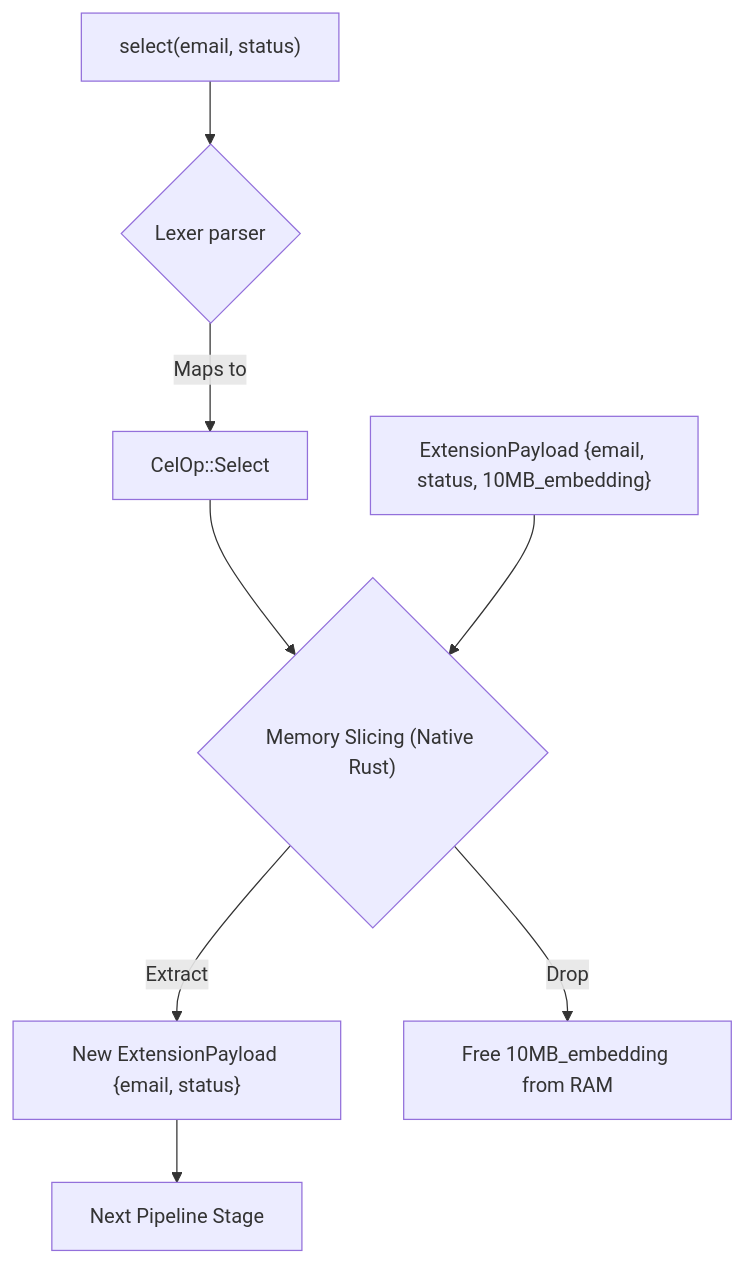
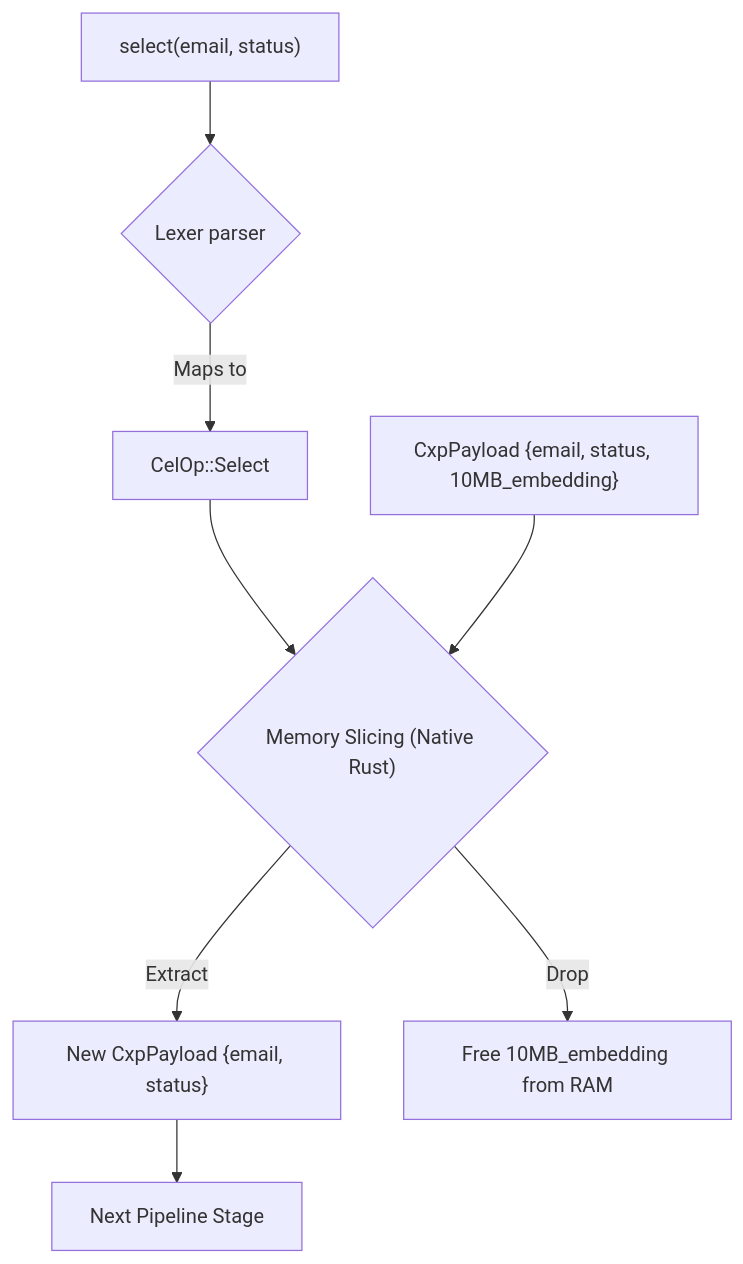
Before and after one commit to ayan-kushwaha/Cluaiz-: the diagram in docs/cel/tutorials/select.md, drawn with Mermaid. The commit also changed other lines of this file and 109 other files, not shown here.

````diff
--- a/docs/cel/tutorials/select.md
+++ b/docs/cel/tutorials/select.md
@@ -28,15 +28,15 @@
 ```mermaid
 flowchart TD
     A["select(email, status)"] --> B{"Lexer parser"}
     
     B -->|Maps to| C["CelOp::Select"]
     
     C --> D{"Memory Slicing (Native Rust)"}
     
-    E["ExtensionPayload {email, status, 10MB_embedding}"] --> D
+    E["CxpPayload {email, status, 10MB_embedding}"] --> D
     
-    D -->|Extract| F["New ExtensionPayload {email, status}"]
+    D -->|Extract| F["New CxpPayload {email, status}"]
     D -->|Drop| G["Free 10MB_embedding from RAM"]
     
     F --> H["Next Pipeline Stage"]
 ```
````
